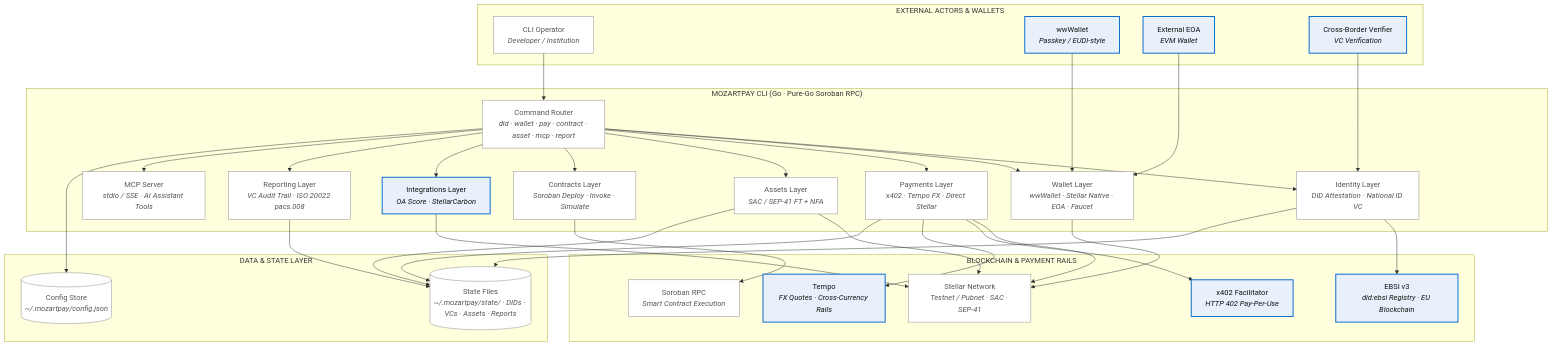
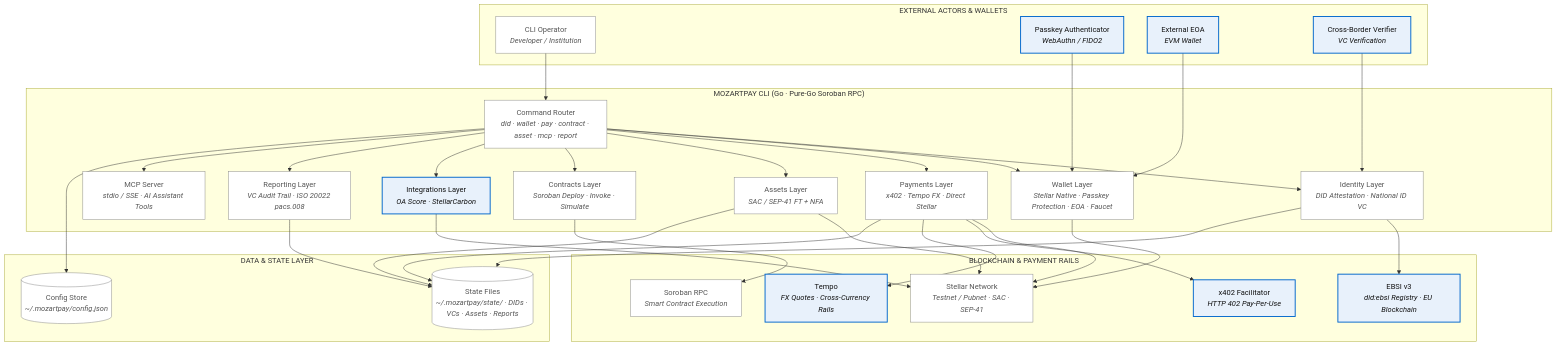
The diagram in README.md (mozartpay/OAs), drawn with Mermaid before and after one commit. The commit also changed other lines of this file and 48 other files, not shown here.

First line of the commit message:
Replace wwWallet scaffold with real WebAuthn passkey protection

````diff
--- a/README.md
+++ b/README.md
@@ -29,66 +29,66 @@
 ```mermaid
 flowchart TB
     subgraph EXT["EXTERNAL ACTORS & WALLETS"]
         user["CLI Operator<br/><i>Developer / Institution</i>"]:::core
-        wwwallet["wwWallet<br/><i>Passkey / EUDI-style</i>"]:::external
+        passkey["Passkey Authenticator<br/><i>WebAuthn / FIDO2</i>"]:::external
         eoa["External EOA<br/><i>EVM Wallet</i>"]:::external
         verifier["Cross-Border Verifier<br/><i>VC Verification</i>"]:::external
     end
 
     subgraph CLI["MOZARTPAY CLI (Go · Pure-Go Soroban RPC)"]
         router["Command Router<br/><i>did · wallet · pay · contract · asset · mcp · report</i>"]:::core
         identity["Identity Layer<br/><i>DID Attestation · National ID VC</i>"]:::core
-        wallet["Wallet Layer<br/><i>wwWallet · Stellar Native · EOA · Faucet</i>"]:::core
+        wallet["Wallet Layer<br/><i>Stellar Native · Passkey Protection · EOA · Faucet</i>"]:::core
         payments["Payments Layer<br/><i>x402 · Tempo FX · Direct Stellar</i>"]:::core
         assets["Assets Layer<br/><i>SAC / SEP-41 FT + NFA</i>"]:::core
         contracts["Contracts Layer<br/><i>Soroban Deploy · Invoke · Simulate</i>"]:::core
         integrations["Integrations Layer<br/><i>OA Score · StellarCarbon</i>"]:::external
         reporting["Reporting Layer<br/><i>VC Audit Trail · ISO 20022 pacs.008</i>"]:::core
         mcp["MCP Server<br/><i>stdio / SSE · AI Assistant Tools</i>"]:::core
     end
 
     subgraph BC["BLOCKCHAIN & PAYMENT RAILS"]
         stellar["Stellar Network<br/><i>Testnet / Pubnet · SAC · SEP-41</i>"]:::core
         soroban["Soroban RPC<br/><i>Smart Contract Execution</i>"]:::core
         ebsi["EBSI v3<br/><i>did:ebsi Registry · EU Blockchain</i>"]:::external
         x402["x402 Facilitator<br/><i>HTTP 402 Pay-Per-Use</i>"]:::external
         tempo["Tempo<br/><i>FX Quotes · Cross-Currency Rails</i>"]:::external
     end
 
     subgraph DATA["DATA & STATE LAYER"]
         config[("Config Store<br/><i>~/.mozartpay/config.json</i>")]:::core
         state[("State Files<br/><i>~/.mozartpay/state/ · DIDs · VCs · Assets · Reports</i>")]:::core
     end
 
     user --> router
-    wwwallet --> wallet
+    passkey --> wallet
     eoa --> wallet
     verifier --> identity
 
     router --> identity
     router --> wallet
     router --> payments
     router --> assets
     router --> contracts
     router --> integrations
     router --> reporting
     router --> mcp
 
     identity --> ebsi
     wallet --> stellar
     payments --> stellar
     payments --> x402
     payments --> tempo
     assets --> stellar
     contracts --> soroban
     integrations --> stellar
 
     identity --> state
     assets --> state
     payments --> state
     reporting --> state
     router --> config
 
     classDef external fill:#e8f1fb,stroke:#0066cc,stroke-width:2px,color:#111
     classDef core fill:#fff,stroke:#888,stroke-width:1px,color:#555
 ```
````
